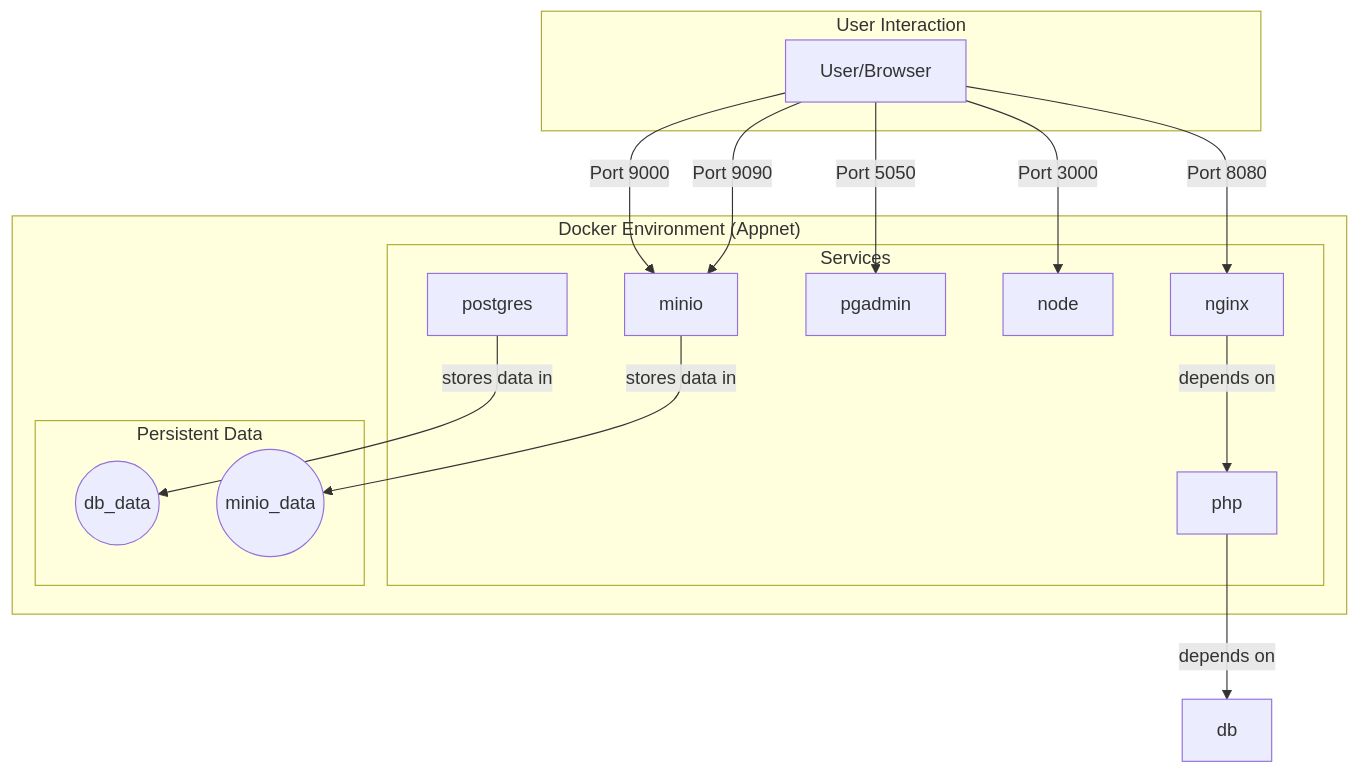
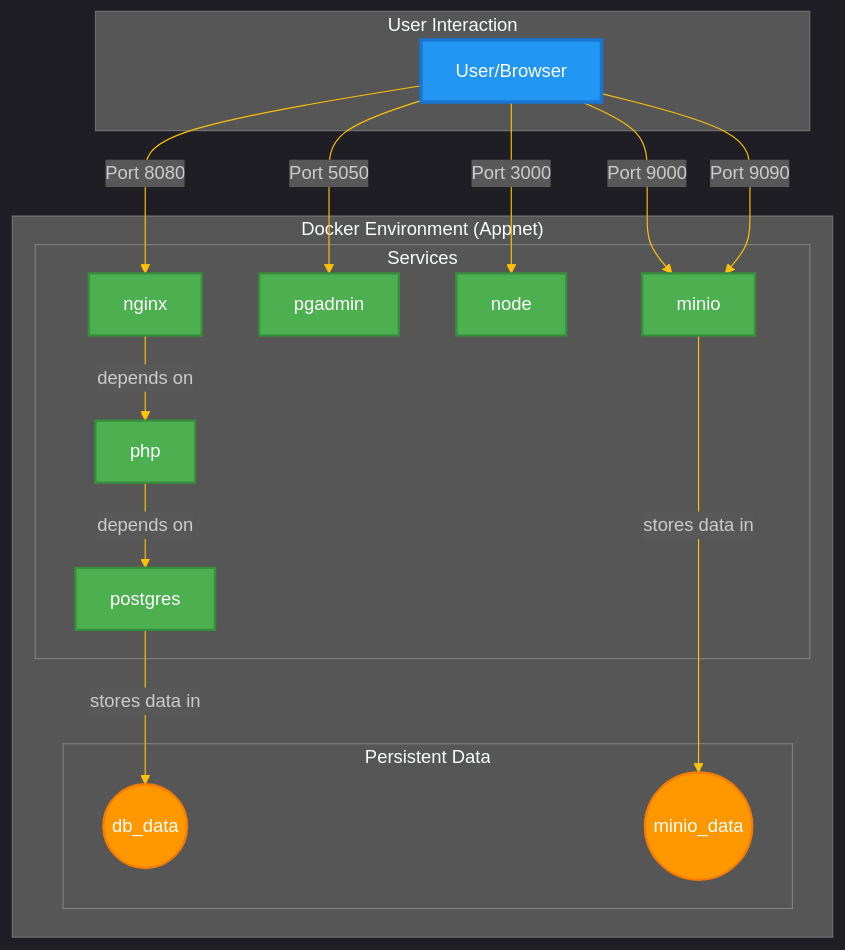
One commit to ayyoub-afwallah/BugNest changed the first of 2 diagrams in README.md. Above: the diagram before and after it, drawn with Mermaid. The commit also changed other lines of this file and 4 other files, not shown here.

Commit message:
improve mermaid style

````diff
--- a/README.md
+++ b/README.md
@@ -11,33 +11,63 @@
 ```mermaid
+%%{init: {
+  'theme': 'dark',
+  'themeVariables': {
+    'primaryColor': '#4CAF50',
+    'primaryTextColor': '#ffffff',
+    'primaryBorderColor': '#388E3C',
+    'lineColor': '#FFC107',
+    'secondaryColor': '#2196F3',
+    'tertiaryColor': '#FF5722',
+    'background': '#1a1a1a',
+    'mainBkg': '#2d2d2d',
+    'secondBkg': '#3d3d3d',
+    'tertiaryBkg': '#4d4d4d'
+  }
+}}%%
 graph TD
     subgraph "User Interaction"
         User/Browser
     end
 
     subgraph "Docker Environment (Appnet)"
         subgraph "Services"
             php["php"]
             nginx["nginx"]
             postgres["postgres"]
             pgadmin["pgadmin"]
             node["node"]
             minio["minio"]
         end
 
         subgraph "Persistent Data"
             db_data((db_data))
             minio_data((minio_data))
         end
 
     end
 
-    php -- depends on --> db
+    php -- depends on --> postgres
     User/Browser -- "Port 8080" --> nginx
     nginx -- depends on --> php
     postgres -- stores data in --> db_data
     User/Browser -- "Port 5050" --> pgadmin
     User/Browser -- "Port 3000" --> node
     User/Browser -- "Port 9000" --> minio
     User/Browser -- "Port 9090" --> minio
     minio -- stores data in --> minio_data
+
+    %% Styling
+    classDef userStyle fill:#2196F3,stroke:#1976D2,stroke-width:3px,color:#fff
+    classDef serviceStyle fill:#4CAF50,stroke:#388E3C,stroke-width:2px,color:#fff
+    classDef storageStyle fill:#FF9800,stroke:#F57C00,stroke-width:2px,color:#fff
+
+    class User/Browser userStyle
+    class php serviceStyle
+    class nginx serviceStyle
+    class postgres serviceStyle
+    class pgadmin serviceStyle
+    class node serviceStyle
+    class minio serviceStyle
+    class db_data storageStyle
+    class minio_data storageStyle
 ```
````
